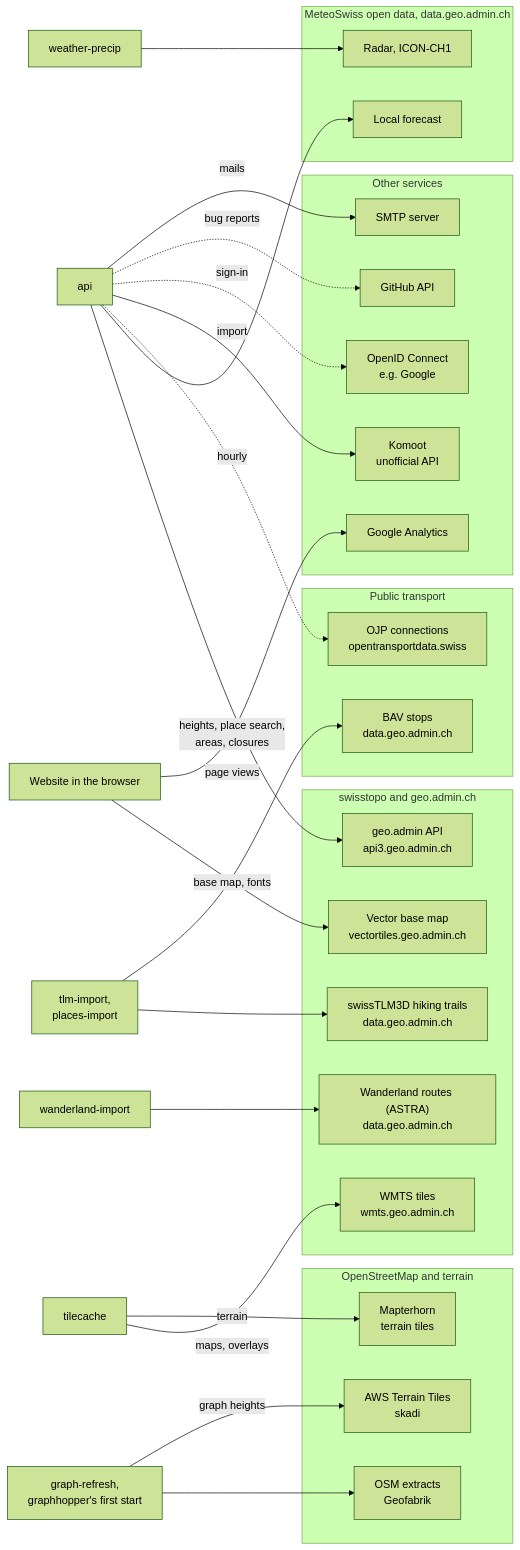
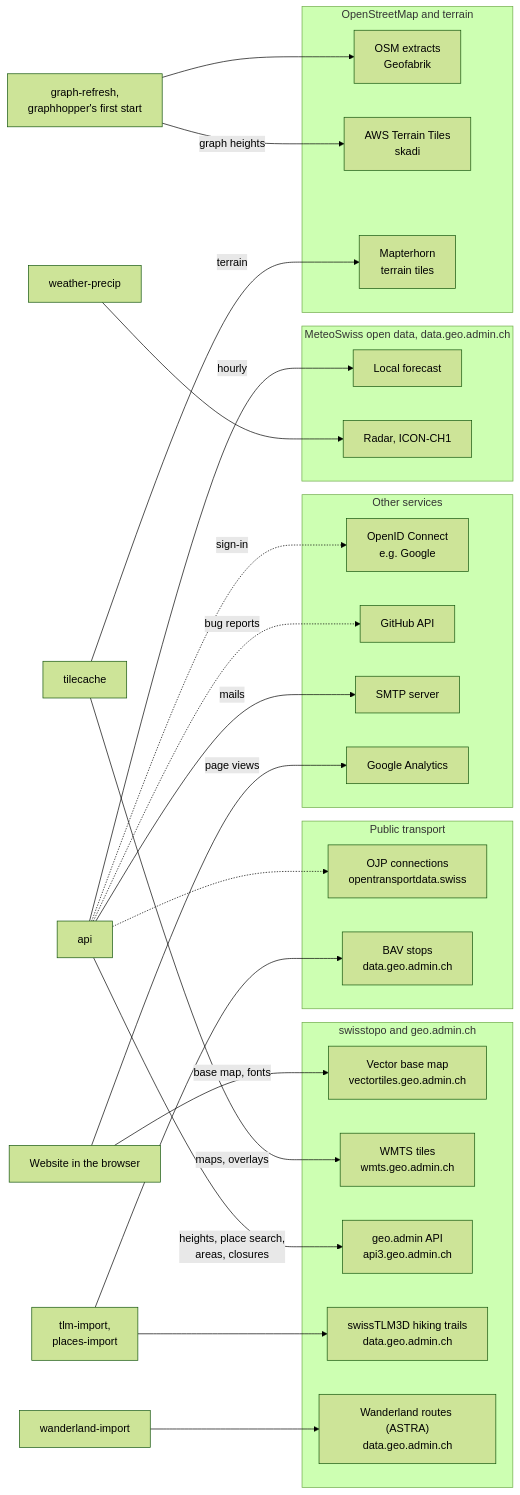
The second of 3 diagrams in docs/architecture.md (tellbow/alvyo), drawn with Mermaid (forest theme) before and after one commit. The commit also changed other lines of this file and 79 other files, not shown here.

````diff
--- a/docs/architecture.md
+++ b/docs/architecture.md
@@ -111,60 +111,58 @@
 ```mermaid
 flowchart LR
   browser["Website in the browser"]
   api["api"]
   tiles["tilecache"]
   refresh["graph-refresh,<br/>graphhopper's first start"]
   imports["tlm-import,<br/>places-import"]
   wanderland["wanderland-import"]
   precip["weather-precip"]
 
   subgraph swisstopo["swisstopo and geo.admin.ch"]
     vt["Vector base map<br/>vectortiles.geo.admin.ch"]
     wmts["WMTS tiles<br/>wmts.geo.admin.ch"]
     api3["geo.admin API<br/>api3.geo.admin.ch"]
     tlm["swissTLM3D hiking trails<br/>data.geo.admin.ch"]
     wl["Wanderland routes (ASTRA)<br/>data.geo.admin.ch"]
   end
 
   subgraph meteo["MeteoSwiss open data, data.geo.admin.ch"]
     forecast["Local forecast"]
     radar["Radar, ICON-CH1"]
   end
 
   subgraph transport["Public transport"]
     ojp["OJP connections<br/>opentransportdata.swiss"]
     bav["BAV stops<br/>data.geo.admin.ch"]
   end
 
   subgraph terrain["OpenStreetMap and terrain"]
     geofabrik["OSM extracts<br/>Geofabrik"]
     skadi["AWS Terrain Tiles<br/>skadi"]
     mapterhorn["Mapterhorn<br/>terrain tiles"]
   end
 
   subgraph services["Other services"]
-    komoot["Komoot<br/>unofficial API"]
     oidc["OpenID Connect<br/>e.g. Google"]
     github["GitHub API"]
     smtp["SMTP server"]
     ga["Google Analytics"]
   end
 
   browser -- "base map, fonts" --> vt
   browser -- "page views" --> ga
   tiles -- "maps, overlays" --> wmts
   tiles -- "terrain" --> mapterhorn
   api -- "heights, place search,<br/>areas, closures" --> api3
   api -- "hourly" --> forecast
   api -.-> ojp
-  api -- "import" --> komoot
   api -. "sign-in" .-> oidc
   api -. "bug reports" .-> github
   api -- "mails" --> smtp
   refresh --> geofabrik
   refresh -- "graph heights" --> skadi
   imports --> tlm
   imports --> bav
   wanderland --> wl
   precip --> radar
 ```
````
